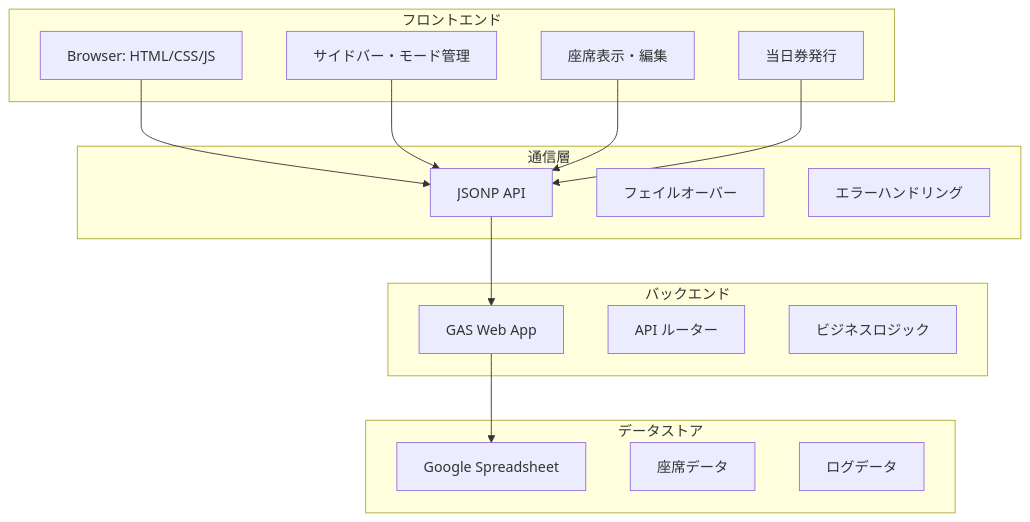
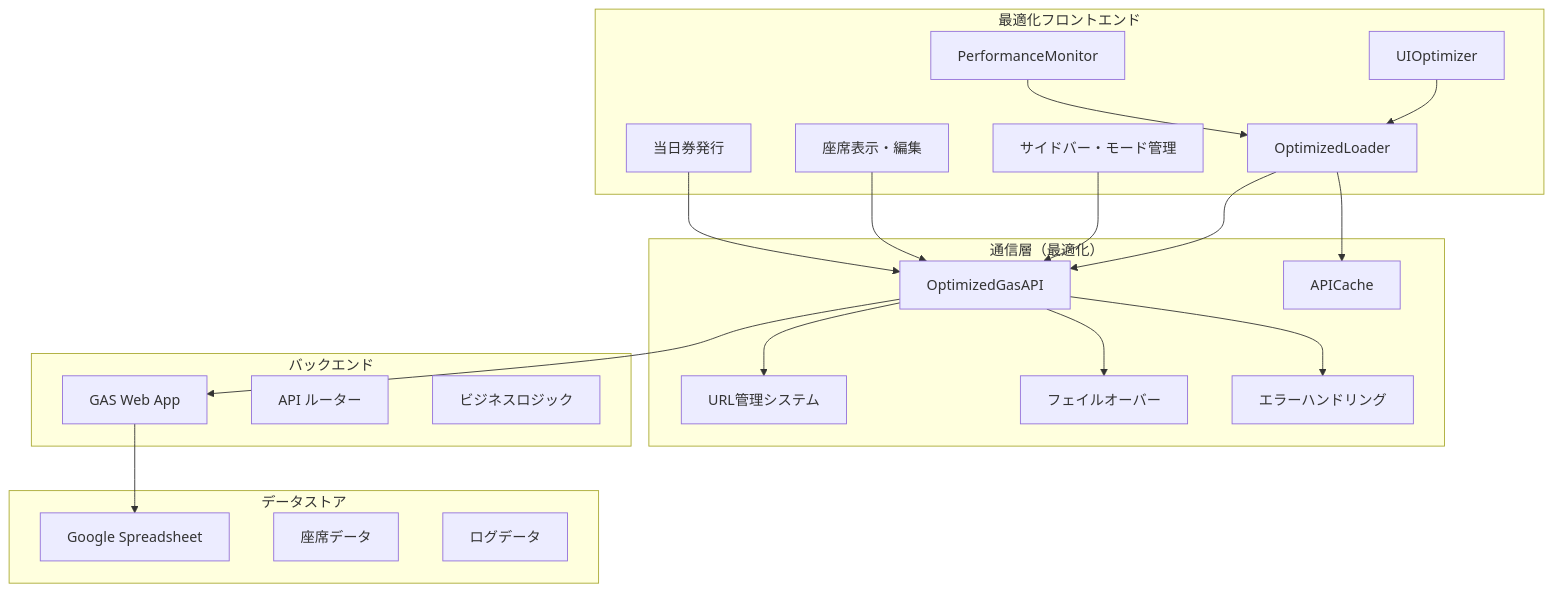
One commit to J105588/tickets-beta changed the fifth of 13 diagrams in README.md. Above: the diagram before and after it, drawn with Mermaid. The commit also changed other lines of this file and 14 other files, not shown here.

First line of the commit message:
Optimize caching and API handling for improved performance and offline support

````diff
--- a/README.md
+++ b/README.md
@@ -531,34 +540,44 @@
 ```mermaid
 graph TB
-  subgraph "フロントエンド"
-    A[Browser: HTML/CSS/JS]
+  subgraph "最適化フロントエンド"
+    A[OptimizedLoader]
     B[サイドバー・モード管理]
     C[座席表示・編集]
     D[当日券発行]
+    E[UIOptimizer]
+    F[PerformanceMonitor]
   end
   
-  subgraph "通信層"
-    E[JSONP API]
-    F[フェイルオーバー]
-    G[エラーハンドリング]
+  subgraph "通信層（最適化）"
+    G[OptimizedGasAPI]
+    H[APICache]
+    I[URL管理システム]
+    J[フェイルオーバー]
+    K[エラーハンドリング]
   end
   
   subgraph "バックエンド"
-    H[GAS Web App]
-    I[API ルーター]
-    J[ビジネスロジック]
+    L[GAS Web App]
+    M[API ルーター]
+    N[ビジネスロジック]
   end
   
   subgraph "データストア"
-    K[Google Spreadsheet]
-    L[座席データ]
-    M[ログデータ]
+    O[Google Spreadsheet]
+    P[座席データ]
+    Q[ログデータ]
   end
   
-  A --> E
-  E --> H
-  H --> K
-  B --> E
-  C --> E
-  D --> E
+  A --> G
+  A --> H
+  G --> I
+  G --> J
+  G --> K
+  G --> L
+  L --> O
+  B --> G
+  C --> G
+  D --> G
+  E --> A
+  F --> A
 ```
````
